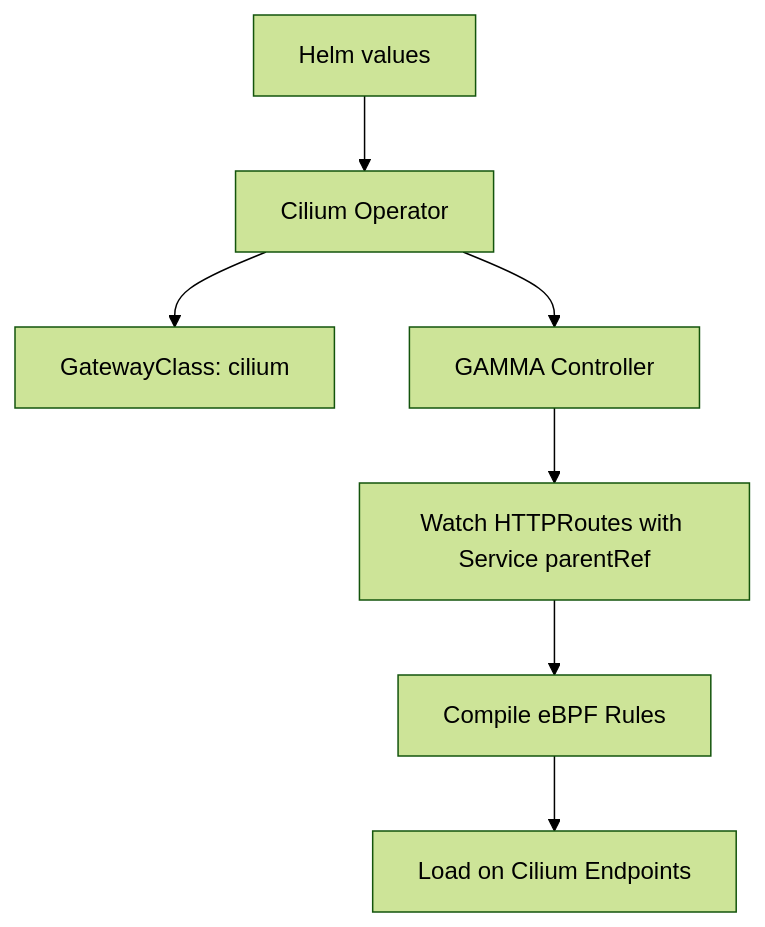
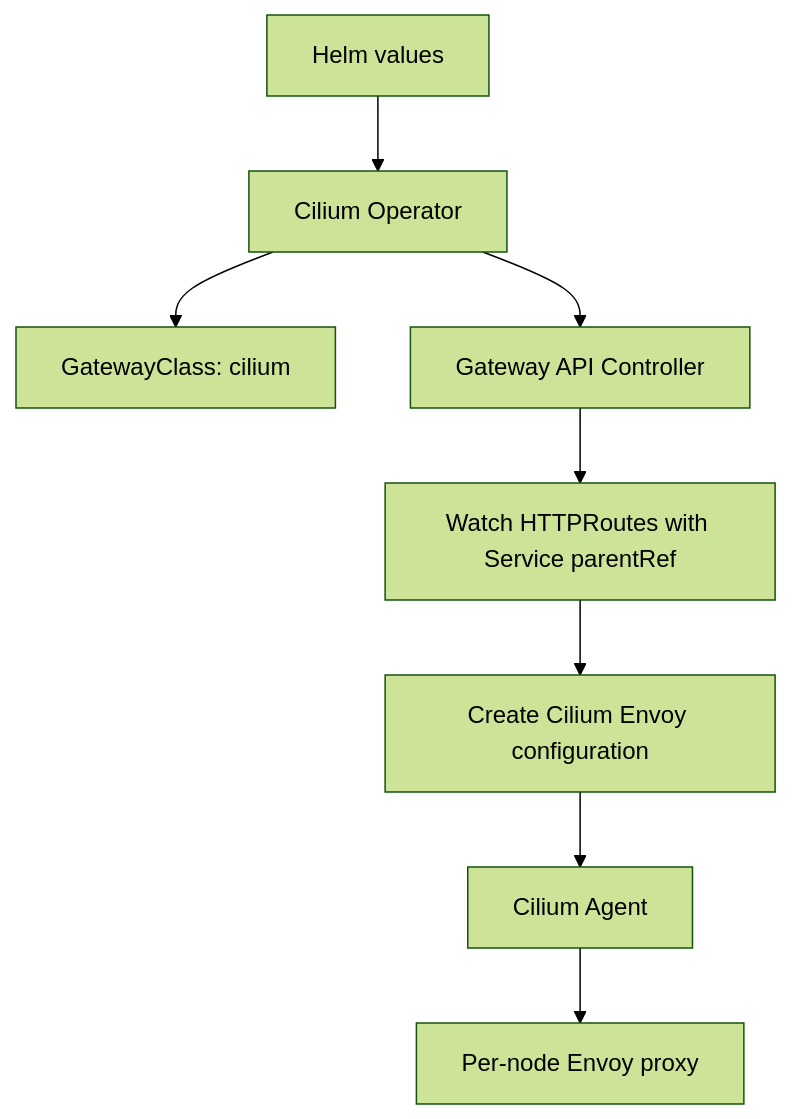
One commit to OneUptime/blog changed the diagram in posts/2026-03-13-configure-cilium-gamma-support-gateway-api/README.md. Above: the diagram before and after it, drawn with Mermaid (forest theme). The commit also changed other lines of this file and 2 other files, not shown here.

Commit message:
validate: 2026-03-13-configure-cilium-gamma-support-gateway-api

````diff
--- a/posts/2026-03-13-configure-cilium-gamma-support-gateway-api/README.md
+++ b/posts/2026-03-13-configure-cilium-gamma-support-gateway-api/README.md
@@ -46,9 +55,10 @@
 ```mermaid
 flowchart TD
     A[Helm values] --> B[Cilium Operator]
     B --> C[GatewayClass: cilium]
-    B --> D[GAMMA Controller]
+    B --> D[Gateway API Controller]
     D --> E[Watch HTTPRoutes with Service parentRef]
-    E --> F[Compile eBPF Rules]
-    F --> G[Load on Cilium Endpoints]
+    E --> F[Create Cilium Envoy configuration]
+    F --> G[Cilium Agent]
+    G --> H[Per-node Envoy proxy]
 ```
````
